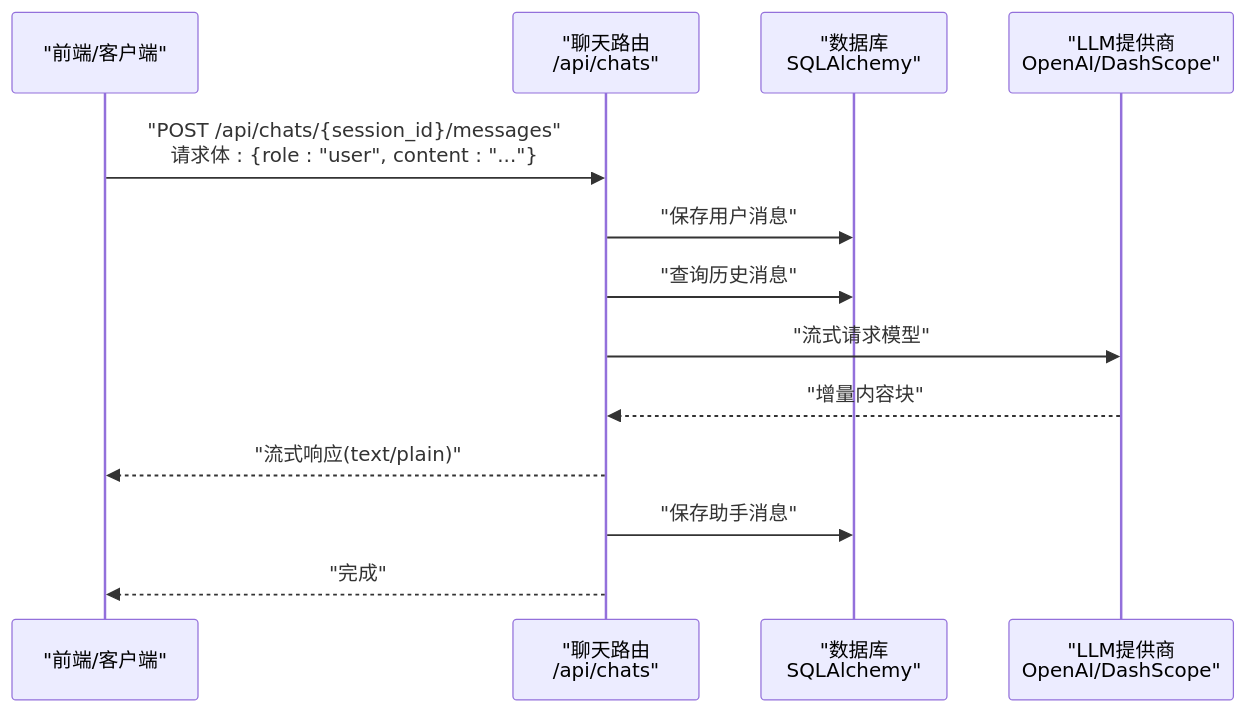
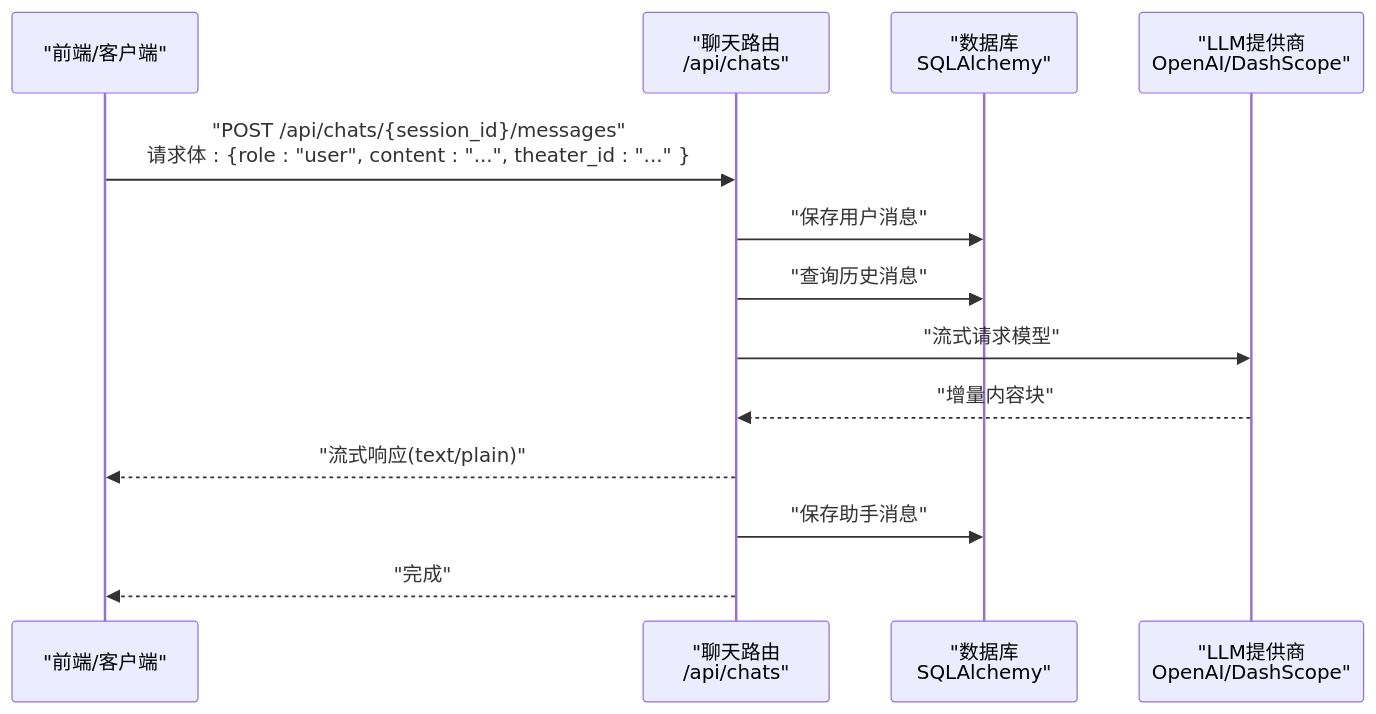
The second of 6 diagrams in .qoder/repowiki/zh/content/API接口文档/聊天API.md (KunLabAI/KunFlix), drawn with Mermaid before and after one commit. The commit also changed other lines of this file and 11 other files, not shown here.

````diff
--- a/.qoder/repowiki/zh/content/API接口文档/聊天API.md
+++ b/.qoder/repowiki/zh/content/API接口文档/聊天API.md
@@ -99,15 +119,15 @@
 ```mermaid
 sequenceDiagram
 participant FE as "前端/客户端"
 participant API as "聊天路由<br/>/api/chats"
 participant DB as "数据库<br/>SQLAlchemy"
 participant LLM as "LLM提供商<br/>OpenAI/DashScope"
-FE->>API : "POST /api/chats/{session_id}/messages"<br/>请求体 : {role : "user", content : "..."}
+FE->>API : "POST /api/chats/{session_id}/messages"<br/>请求体 : {role : "user", content : "...", theater_id : "..." }
 API->>DB : "保存用户消息"
 API->>DB : "查询历史消息"
 API->>LLM : "流式请求模型"
 LLM-->>API : "增量内容块"
 API-->>FE : "流式响应(text/plain)"
 API->>DB : "保存助手消息"
 API-->>FE : "完成"
 ```
````
